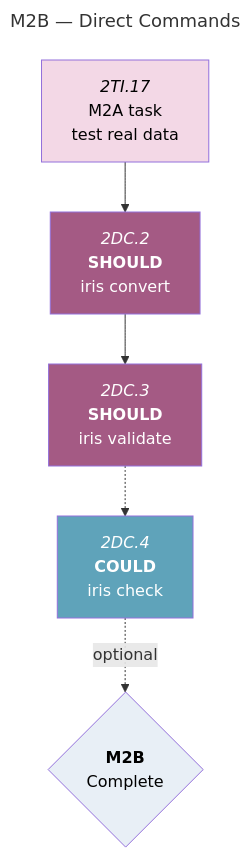
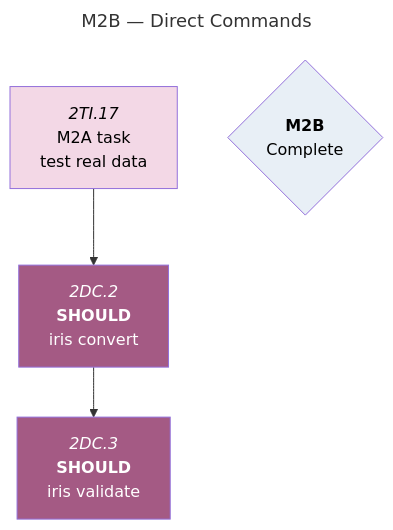
One commit to foundersandcoders/iris changed the third of 5 diagrams in docs/roadmaps/phase-1-mvp-features.md. Above: the diagram before and after it, drawn with Mermaid. The commit also changed other lines of this file, not shown here.

````diff
--- a/docs/roadmaps/phase-1-mvp-features.md
+++ b/docs/roadmaps/phase-1-mvp-features.md
@@ -214,23 +213,20 @@
 ```mermaid
 ---
 title: M2B — Direct Commands
 ---
 graph TD
 
 2TI.17["`*2TI.17*<br/>M2A task<br/>test real data`"]:::must-blocked
 
 2TI.17 --> 2DC.2
 
 2DC.2["`*2DC.2*<br/>**SHOULD**<br/>iris convert`"]:::should-blocked --> 2DC.3
-2DC.3["`*2DC.3*<br/>**SHOULD**<br/>iris validate`"]:::should-blocked -.-> 2DC.4
+2DC.3["`*2DC.3*<br/>**SHOULD**<br/>iris validate`"]:::should-blocked
 
-2DC.4["`*2DC.4*<br/>**COULD**<br/>iris check`"]:::could-blocked
-
-2DC.4 -.->|optional| phase1
 phase1{"`**M2B**<br/>Complete`"}:::mile
 
 classDef must-blocked fill:#F3D8E6,color:#000;
 classDef should-blocked fill:#A45A84,color:#fff;
 classDef could-blocked fill:#5FA3BA,color:#fff;
 classDef mile fill:#E8EFF6,color:#000;
 ```
````
